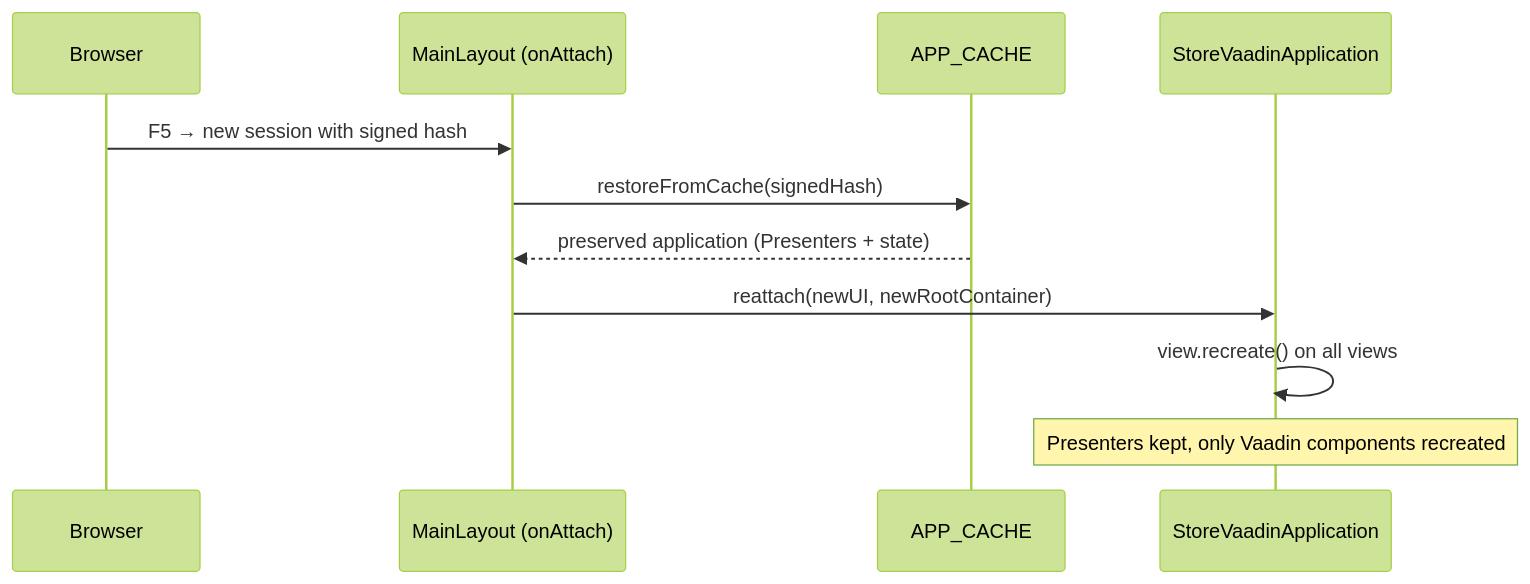
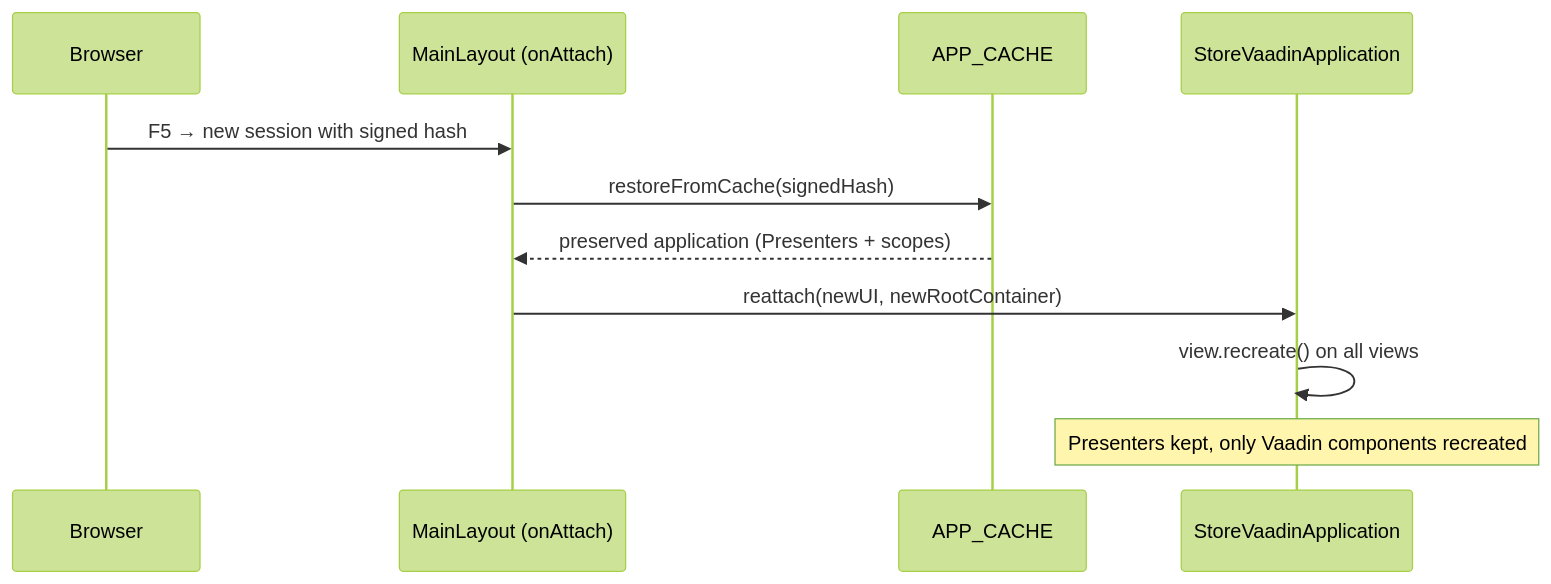
Before and after one commit to mrcdom/wdc-cube-java-v2: the third of 4 diagrams in fontes/br.com.wdc.store/br.com.wdc.store.view.vaadin/README.md, drawn with Mermaid (forest theme). The commit also changed other lines of this file and 222 other files, not shown here.

````diff
--- a/fontes/br.com.wdc.store/br.com.wdc.store.view.vaadin/README.md
+++ b/fontes/br.com.wdc.store/br.com.wdc.store.view.vaadin/README.md
@@ -316,14 +316,14 @@
 ```mermaid
 sequenceDiagram
     participant B as Browser
     participant S as MainLayout (onAttach)
     participant C as APP_CACHE
     participant A as StoreVaadinApplication
 
     B->>S: F5 → new session with signed hash
     S->>C: restoreFromCache(signedHash)
-    C-->>S: preserved application (Presenters + state)
+    C-->>S: preserved application (Presenters + scopes)
     S->>A: reattach(newUI, newRootContainer)
     A->>A: view.recreate() on all views
     Note over A: Presenters kept, only Vaadin components recreated
 ```
````
